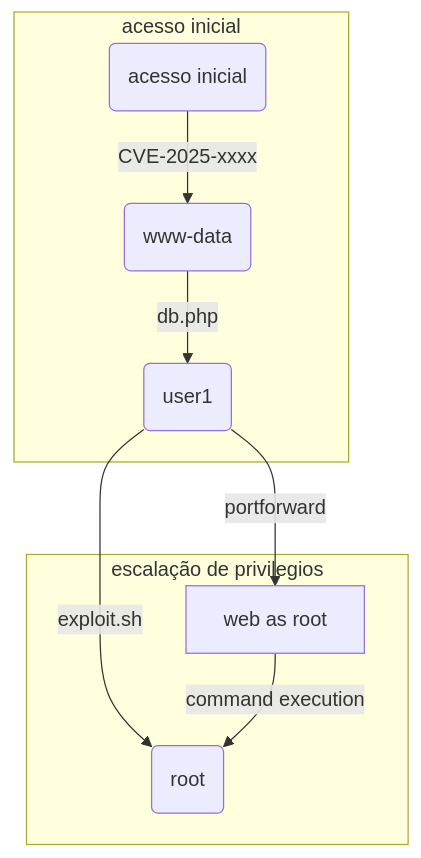
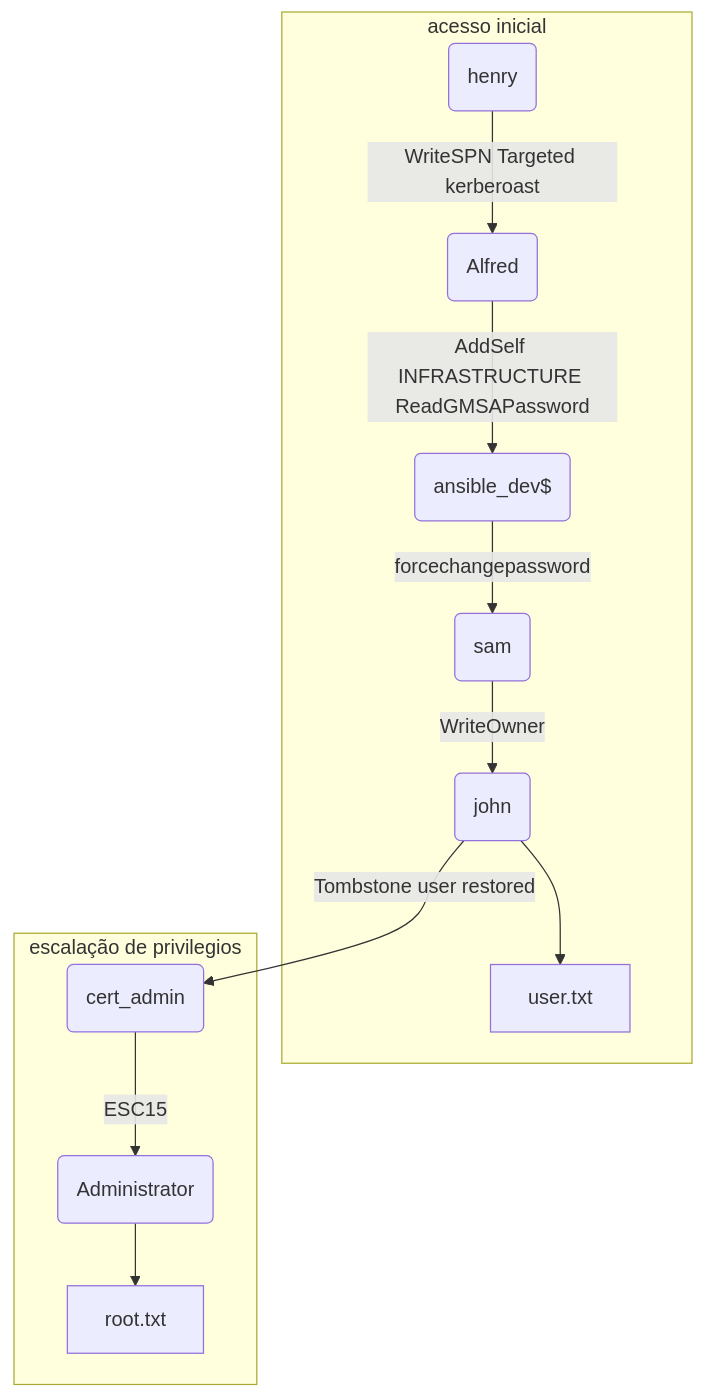
The diagram in content/CTF/Hackthebox/TombWatcher/TombWatcher HTB Write-up.md (Pre4ch3r/Hacking), drawn with Mermaid before and after one commit. The commit also changed other lines of this file, not shown here.

````diff
--- a/content/CTF/Hackthebox/TombWatcher/TombWatcher HTB Write-up.md
+++ b/content/CTF/Hackthebox/TombWatcher/TombWatcher HTB Write-up.md
@@ -565,12 +567,15 @@
 ```mermaid
 flowchart TD
 	subgraph acesso inicial
-    A(acesso inicial) -->|CVE-2025-xxxx| B(www-data) 
-    B -->|db.php| C(user1)
+    A(henry) -->|WriteSPN Targeted kerberoast| B(Alfred) 
+    B -->|AddSelf INFRASTRUCTURE ReadGMSAPassword| C(ansible_dev$)
+    C -->|forcechangepassword| D(sam)
+    D -->|WriteOwner| E(john)
+    E --> F[user.txt]
     end
     subgraph escalação de privilegios
-    C -->|exploit.sh| D(root)
-    C -->|portforward| E[web as root]
-    E -->|command execution| D(root)
+    E -->|Tombstone user restored| G(cert_admin)
+    G -->|ESC15| H(Administrator)
+    H --> I[root.txt]
     end
 ```
````
